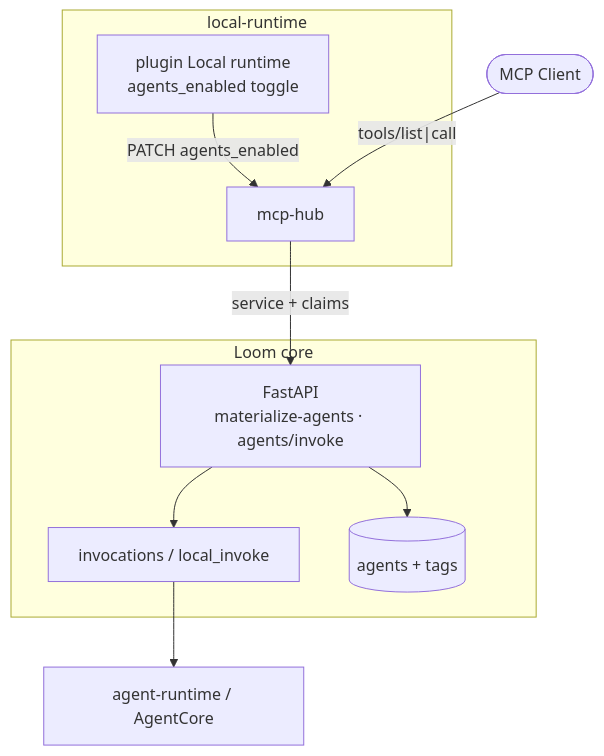
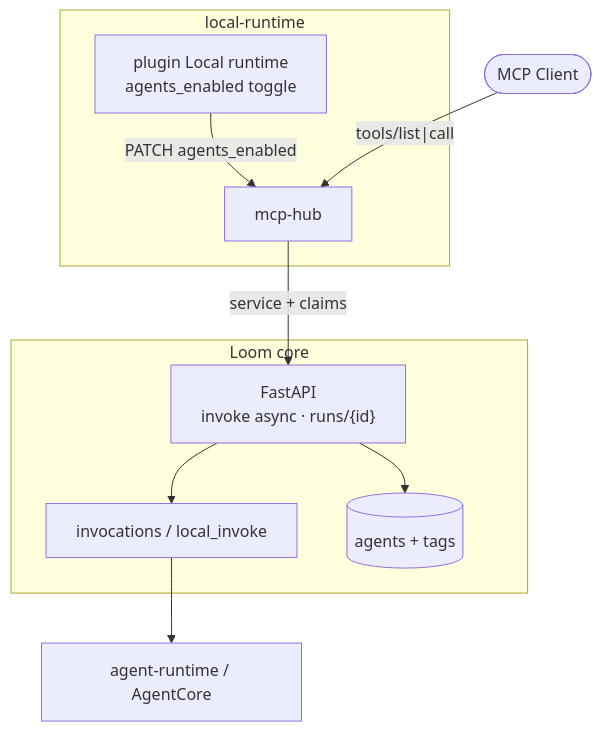
Before and after one commit to awslabs/loom: the first of 3 diagrams in docs/specs/025-mcp-hub-agents-as-tools.md, drawn with Mermaid. The commit also changed other lines of this file and 1 other file, not shown here.

First line of the commit message:
docs: make Hub agent tools async with status poll

````diff
--- a/docs/specs/025-mcp-hub-agents-as-tools.md
+++ b/docs/specs/025-mcp-hub-agents-as-tools.md
@@ -221,24 +282,24 @@
 ```mermaid
 flowchart TB
   ide(["MCP Client"])
 
   subgraph ext["local-runtime"]
     hub["mcp-hub"]
     plugin["plugin Local runtime<br/>agents_enabled toggle"]
   end
 
   subgraph core["Loom core"]
-    bff["FastAPI<br/>materialize-agents · agents/invoke"]
+    bff["FastAPI<br/>invoke async · runs/{id}"]
     inv["invocations / local_invoke"]
     db[("agents + tags")]
   end
 
   rt["agent-runtime / AgentCore"]
 
   plugin -->|"PATCH agents_enabled"| hub
   ide -->|"tools/list|call"| hub
   hub -->|"service + claims"| bff
   bff --> db
   bff --> inv
   inv --> rt
 ```
````
